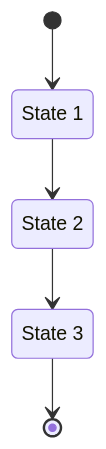
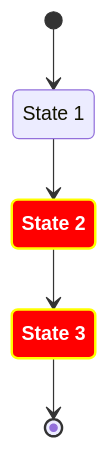
One commit to FoggyBalrog/MermaidDotNet changed the tenth of 10 diagrams in docs/diagrams/state-diagram.md. Above: the diagram before and after it, drawn with Mermaid. The commit also changed other lines of this file and 7 other files, not shown here.

Commit message:
#93 Fix state diagram styling

````diff
--- a/docs/diagrams/state-diagram.md
+++ b/docs/diagrams/state-diagram.md
@@ -538,12 +538,12 @@
 ```mermaid
 stateDiagram-v2
+    classDef foo fill:#f00,color:white,font-weight:bold,stroke-width:2px,stroke:yellow
     s1 : State 1
     s2 : State 2
     s3 : State 3
-    classDef s1 fill:#f00,color:white,font-weight:bold,stroke-width:2px,stroke:yellow
     class s2,s3 foo
     [*] --> s1
     s1 --> s2
     s2 --> s3
     s3 --> [*]
 ```
````
